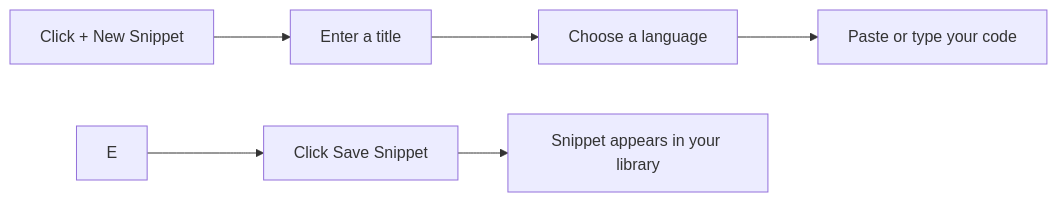
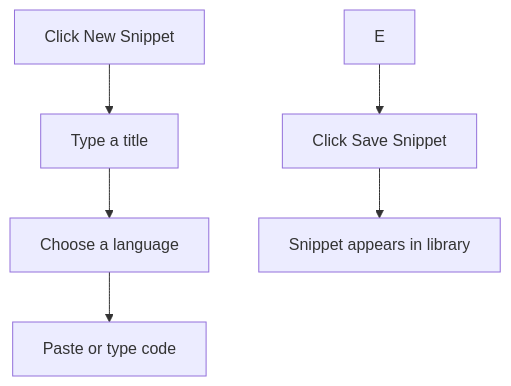
One commit to Mohita111/API2 changed the diagram in api2-documentation/plan_2026-11-02_f8890e/user-facing-docs/your-first-snippet-quick-start.md. Above: the diagram before and after it, drawn with Mermaid. The commit also changed other lines of this file and 11 other files, not shown here.

````diff
--- a/api2-documentation/plan_2026-11-02_f8890e/user-facing-docs/your-first-snippet-quick-start.md
+++ b/api2-documentation/plan_2026-11-02_f8890e/user-facing-docs/your-first-snippet-quick-start.md
@@ -26,8 +13,8 @@
 ```mermaid
-graph LR
-    A[Click + New Snippet] --> B[Enter a title]
+graph TD
+    A[Click New Snippet] --> B[Type a title]
     B --> C[Choose a language]
-    C --> D[Paste or type your code]
+    C --> D[Paste or type code]
     E --> F[Click Save Snippet]
-    F --> G[Snippet appears in your library]
+    F --> G[Snippet appears in library]
 ```
````
